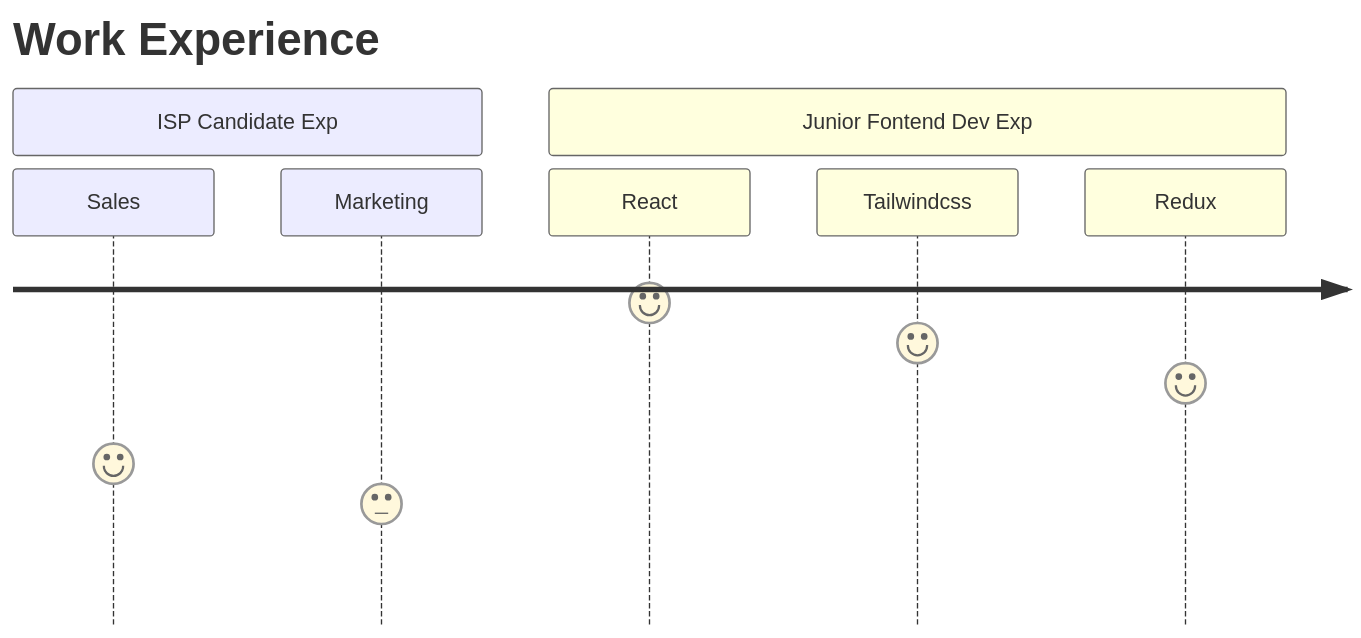
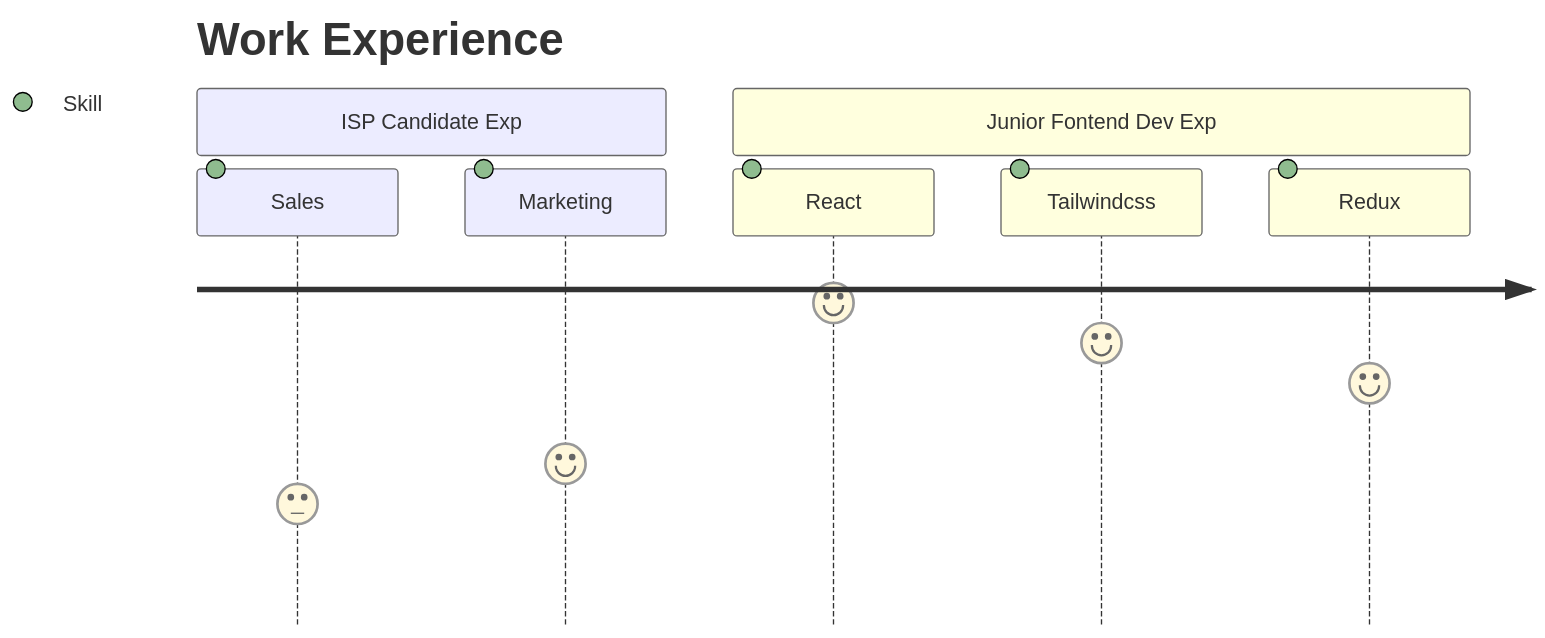
Before and after one commit to iamBijoyKar/iamBijoyKar: the diagram in README.md, drawn with Mermaid. The commit also changed other lines of this file, not shown here.

Commit message:
Update README.md to change "Open for Hire" to "Open for Work" and adjust skill levels in the Work Experiences section for clarity and accuracy.

````diff
--- a/README.md
+++ b/README.md
@@ -126,11 +127,11 @@
 ```mermaid
 journey
     title Work Experience
     section ISP Candidate Exp
-      Sales: 4
-      Marketing: 3
+      Sales: 3: Skill
+      Marketing: 4: Skill
     section Junior Fontend Dev Exp
-      React: 8
-      Tailwindcss: 7
-      Redux: 6
+      React: 8: Skill
+      Tailwindcss: 7: Skill
+      Redux: 6: Skill
 ```
````
